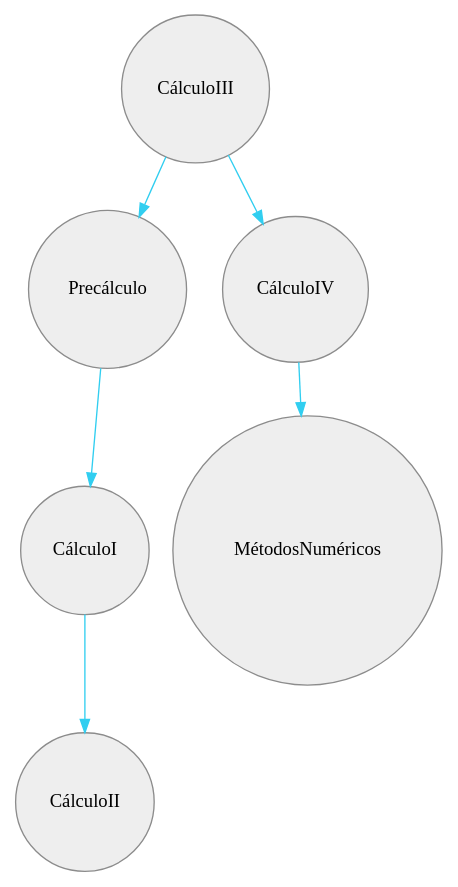
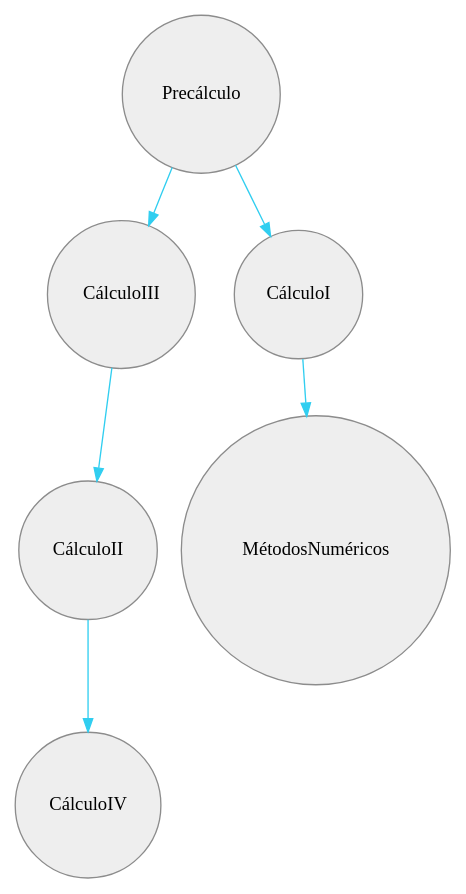
Before and after one commit to Maxel-UP1/ProyectoApredizajePrimerCorte: the diagram in src/main/java/persistence/graphMath.dot, drawn with Graphviz. The commit also changed 5 other files, not shown here.

```diff
--- a/src/main/java/persistence/graphMath.dot
+++ b/src/main/java/persistence/graphMath.dot
@@ -1,13 +1,13 @@
 digraph G {
 node [shape=circle];
 node [style=filled];
 node [fillcolor="#EEEEEE"];
 node [color="#8C8C8C"];
 edge [color="#31CEF0"];
-CálculoIII -> Precálculo -> CálculoI -> CálculoII
+Precálculo -> CálculoIII -> CálculoII -> CálculoIV
 
 
-CálculoIII -> CálculoIV -> MétodosNuméricos
+Precálculo -> CálculoI -> MétodosNuméricos
 
 
 }
```
